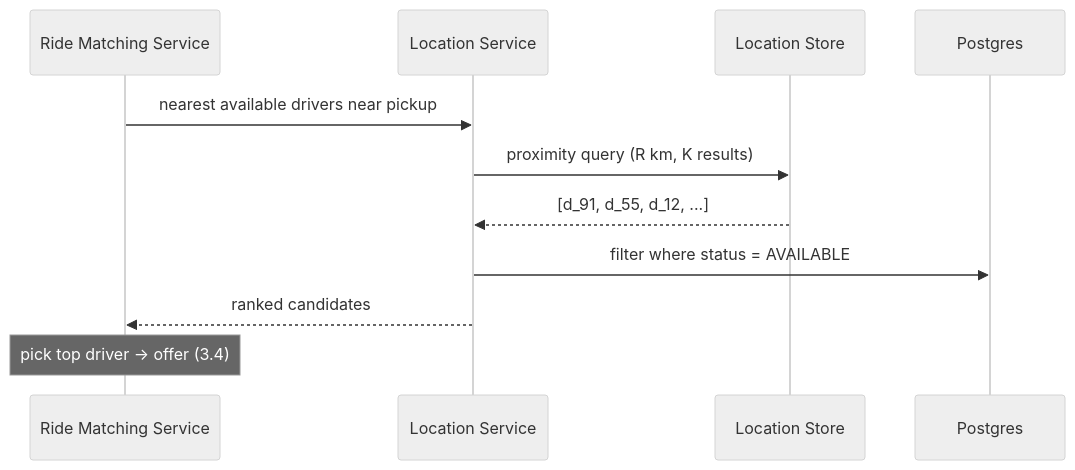
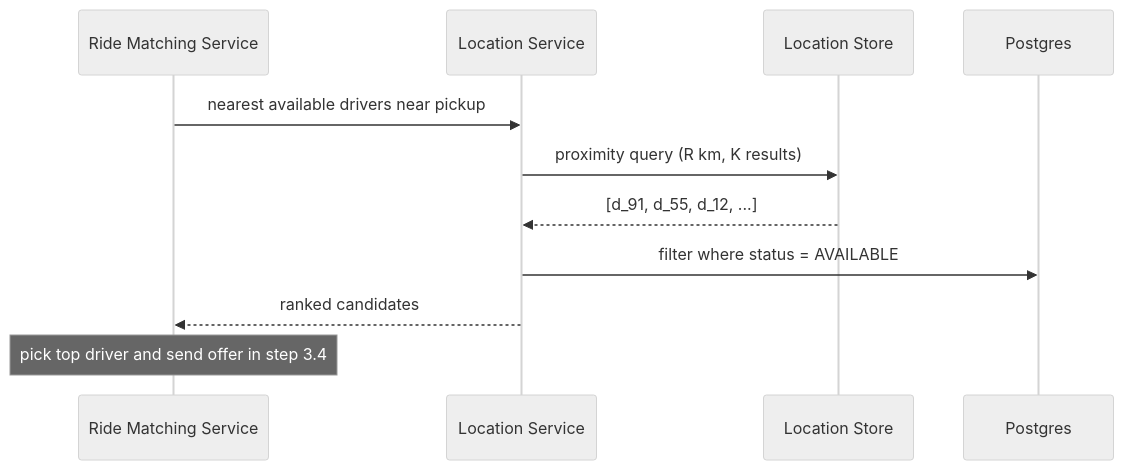
One commit to vipi-n/swe-101 changed the sixth of 18 diagrams in hld/uber.md. Above: the diagram before and after it, drawn with Mermaid. The commit also changed other lines of this file, not shown here.

````diff
--- a/hld/uber.md
+++ b/hld/uber.md
@@ -481,15 +481,15 @@
 ```mermaid
 %%{init: {'theme': 'neutral', 'themeVariables': {'fontSize': '18px'}}}%%
 sequenceDiagram
     participant MS as Ride Matching Service
     participant LS as Location Service
     participant LDB as Location Store
     participant DB as Postgres
 
     MS->>LS: nearest available drivers near pickup
     LS->>LDB: proximity query (R km, K results)
     LDB-->>LS: [d_91, d_55, d_12, ...]
     LS->>DB: filter where status = AVAILABLE
     LS-->>MS: ranked candidates
-    Note over MS: pick top driver → offer (3.4)
+    Note over MS: pick top driver and send offer in step 3.4
 ```
````
